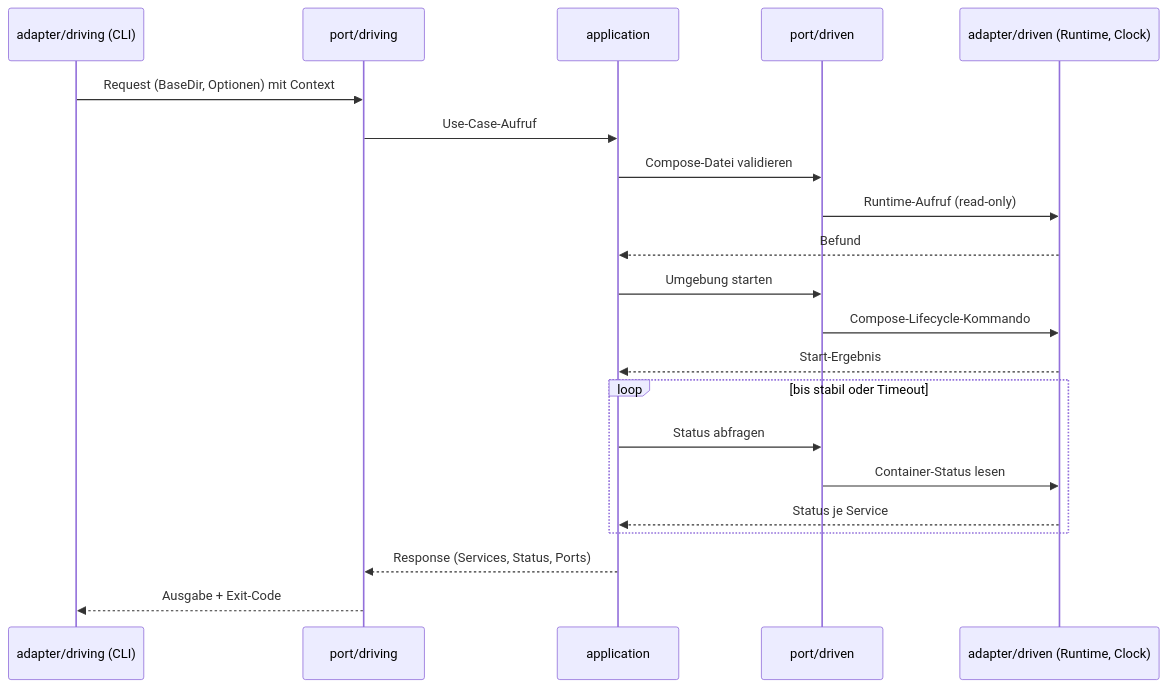
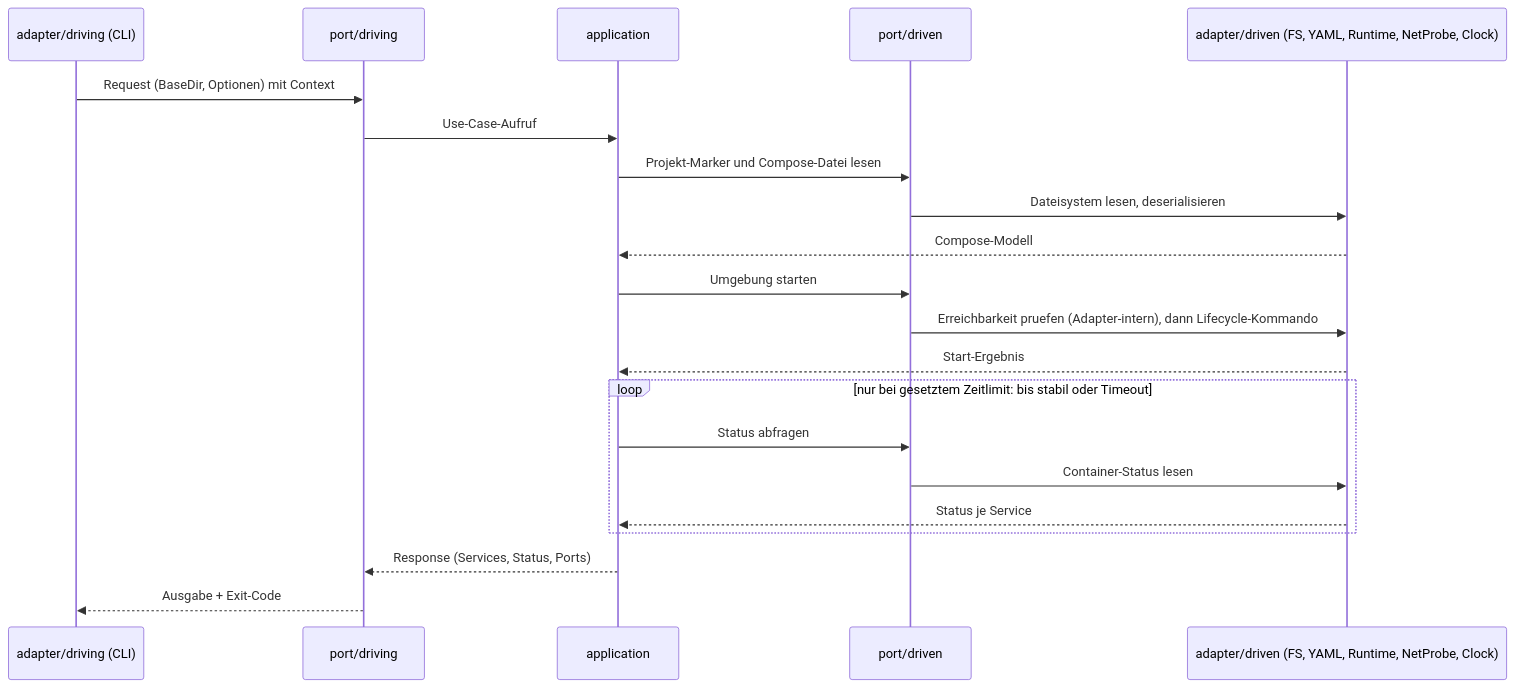
One commit to pt9912/u-boot changed the third of 3 diagrams in spec/architecture.md. Above: the diagram before and after it, drawn with Mermaid. The commit also changed other lines of this file and 7 other files, not shown here.

````diff
--- a/spec/architecture.md
+++ b/spec/architecture.md
@@ -378,24 +392,24 @@
 ```mermaid
 sequenceDiagram
     participant CLI as adapter/driving (CLI)
     participant PD as port/driving
     participant App as application
     participant PN as port/driven
-    participant Ad as adapter/driven (Runtime, Clock)
+    participant Ad as adapter/driven (FS, YAML, Runtime, NetProbe, Clock)
 
     CLI->>PD: Request (BaseDir, Optionen) mit Context
     PD->>App: Use-Case-Aufruf
-    App->>PN: Compose-Datei validieren
-    PN->>Ad: Runtime-Aufruf (read-only)
-    Ad-->>App: Befund
+    App->>PN: Projekt-Marker und Compose-Datei lesen
+    PN->>Ad: Dateisystem lesen, deserialisieren
+    Ad-->>App: Compose-Modell
     App->>PN: Umgebung starten
-    PN->>Ad: Compose-Lifecycle-Kommando
+    PN->>Ad: Erreichbarkeit pruefen (Adapter-intern), dann Lifecycle-Kommando
     Ad-->>App: Start-Ergebnis
-    loop bis stabil oder Timeout
+    loop nur bei gesetztem Zeitlimit: bis stabil oder Timeout
         App->>PN: Status abfragen
         PN->>Ad: Container-Status lesen
         Ad-->>App: Status je Service
     end
     App-->>PD: Response (Services, Status, Ports)
     PD-->>CLI: Ausgabe + Exit-Code
 ```
````
